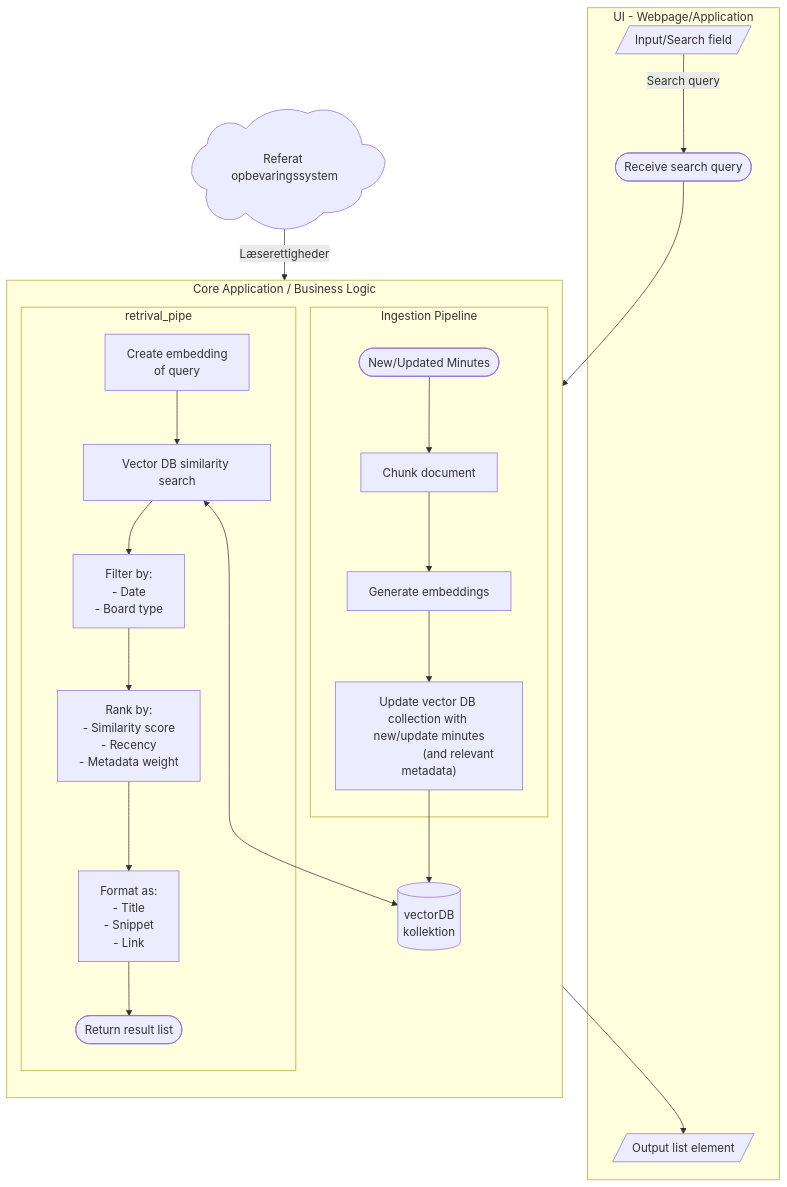
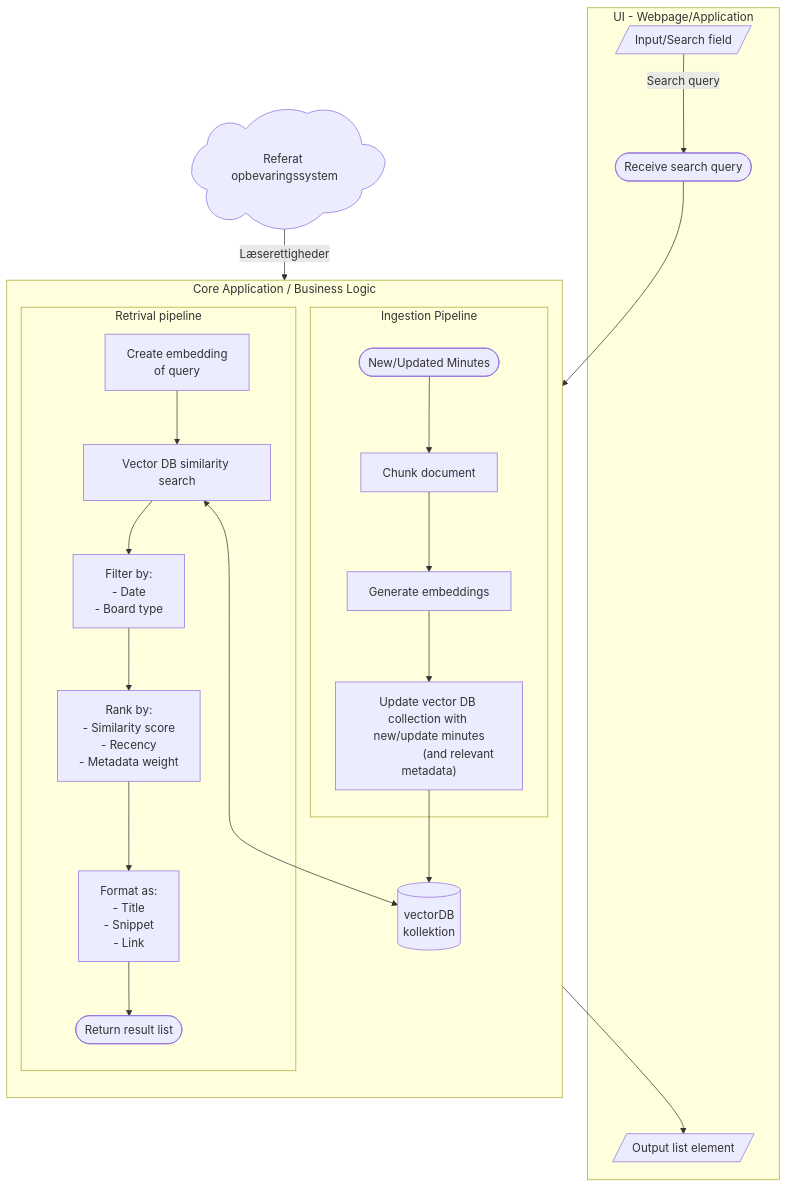
One commit to OS2sandbox/public-genai-governance changed the diagram in docs/minimumskrav/AI_loesningseksempler/soegning.md. Above: the diagram before and after it, drawn with Mermaid.

Commit message:
Fix subgraph names

````diff
--- a/docs/minimumskrav/AI_loesningseksempler/soegning.md
+++ b/docs/minimumskrav/AI_loesningseksempler/soegning.md
@@ -7,67 +7,67 @@
 ```mermaid
 flowchart TD
     
     subgraph UI["UI - Webpage/Application"]
         user@{ shape: in-out, label: "Input/Search field"} -->|Search query| start
         
         results@{ shape: in-out, label: "Output list element"}
     end
 
     system@{ shape: cloud, label: "Referat opbevaringssystem"}
 
-    subgraph core["Core Application / Business Logic"]
+    subgraph core["`Core Application / Business Logic`"]
         direction TB
         
         vdb@{ shape: db, label: "vectorDB\n kollektion"}
         %% Re-indexing flow
         subgraph ingest["Ingestion Pipeline"]
     
             minutes(["New/Updated Minutes"])
             chunk["Chunk document"]
             embed2["Generate embeddings"]
             store["Update vector DB collection with new/update minutes
                    (and relevant metadata)"]
     
             minutes --> chunk --> embed2 --> store
         end
         
         store --> vdb
         
-        subgraph retrival_pipe 
+        subgraph retrive["Retrival pipeline"]
             
             start([Receive search query])
     
             embed["Create embedding
                    of query"]
     
             search["Vector DB similarity search"]
     
             filter["Filter by:
                     - Date
                     - Board type"]
     
             rank["Rank by:
                   - Similarity score
                   - Recency
                   - Metadata weight"]
     
             format["Format as:
                     - Title
                     - Snippet
                     - Link"]
     
             return([Return result list])
     
             start --> embed --> search --> filter --> rank --> format --> return
             
         end
         
         search <--> vdb
         
     end
     system -->|Læserettigheder| minutes
     
     return --> results
 
     
 ```
````
